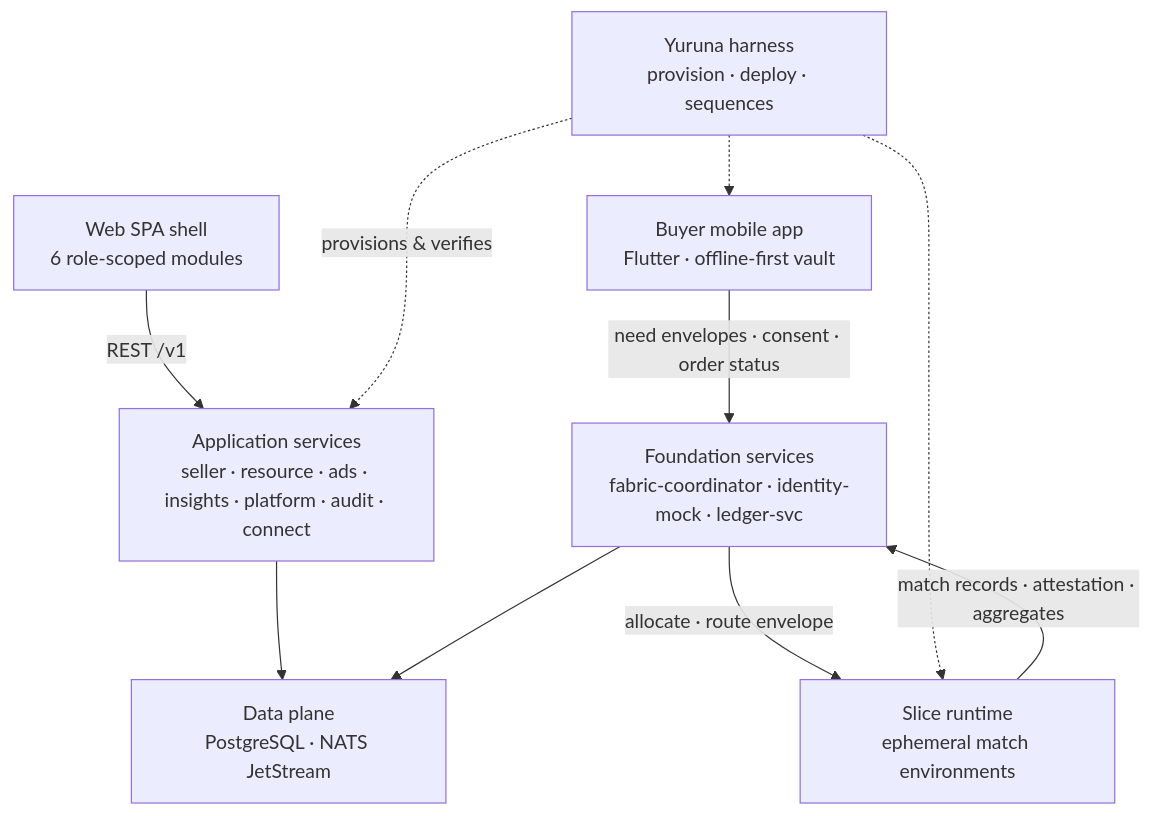
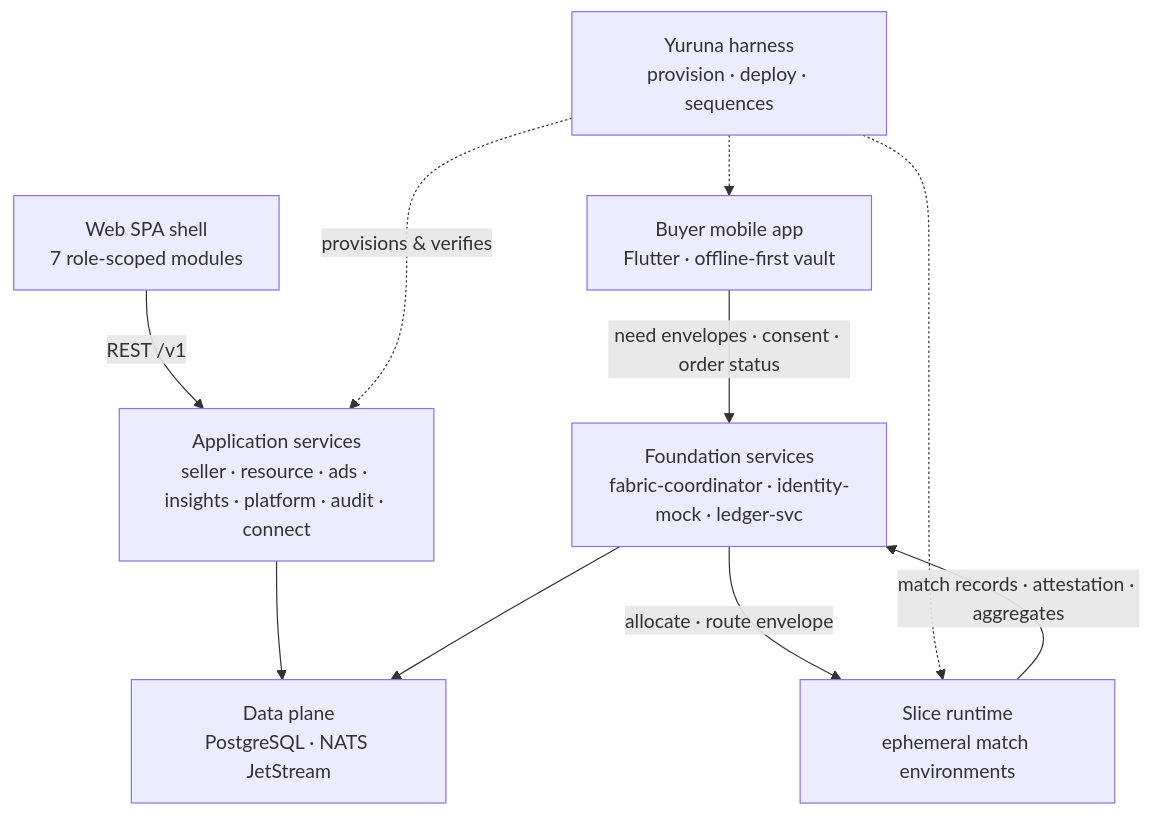
Before and after one commit to alius-git/amisad.dev: the first of 2 diagrams in plan/design/01-overview.md, drawn with Mermaid. The commit also changed 17 other files, not shown here.

````diff
--- a/plan/design/01-overview.md
+++ b/plan/design/01-overview.md
@@ -9,20 +9,20 @@
 ```mermaid
 flowchart TD
     buyer["Buyer mobile app<br/>Flutter · offline-first vault"]
-    web["Web SPA shell<br/>6 role-scoped modules"]
+    web["Web SPA shell<br/>7 role-scoped modules"]
     core["Application services<br/>seller · resource · ads · insights · platform · audit · connect"]
     found["Foundation services<br/>fabric-coordinator · identity-mock · ledger-svc"]
     edge["Slice runtime<br/>ephemeral match environments"]
     data["Data plane<br/>PostgreSQL · NATS JetStream"]
     yuruna["Yuruna harness<br/>provision · deploy · sequences"]
 
     buyer -->|"need envelopes · consent · order status"| found
     web -->|"REST /v1"| core
     core --> data
     found --> data
     found -->|"allocate · route envelope"| edge
     edge -->|"match records · attestation · aggregates"| found
     yuruna -.->|"provisions & verifies"| core
     yuruna -.-> edge
     yuruna -.-> buyer
 ```
````
